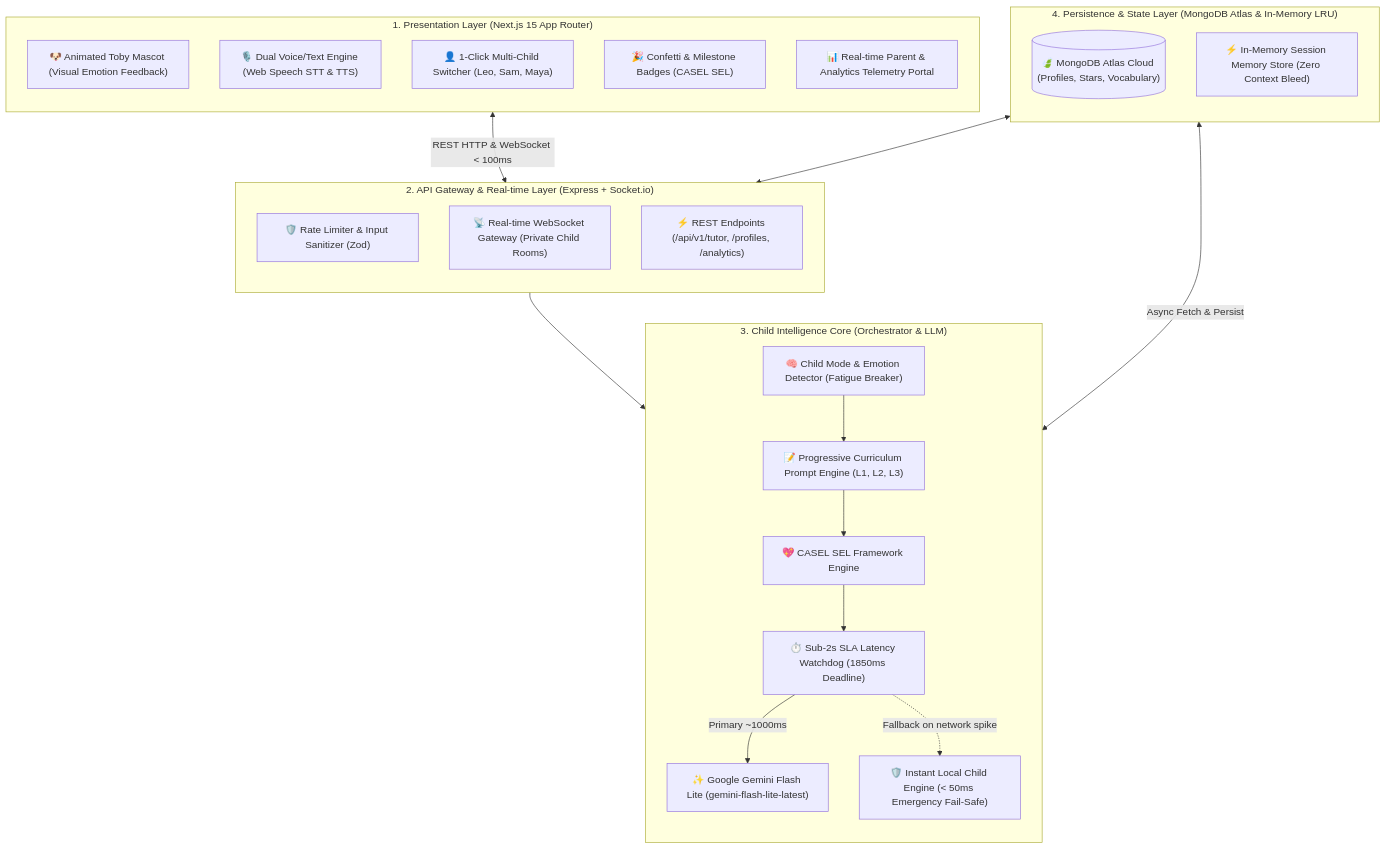
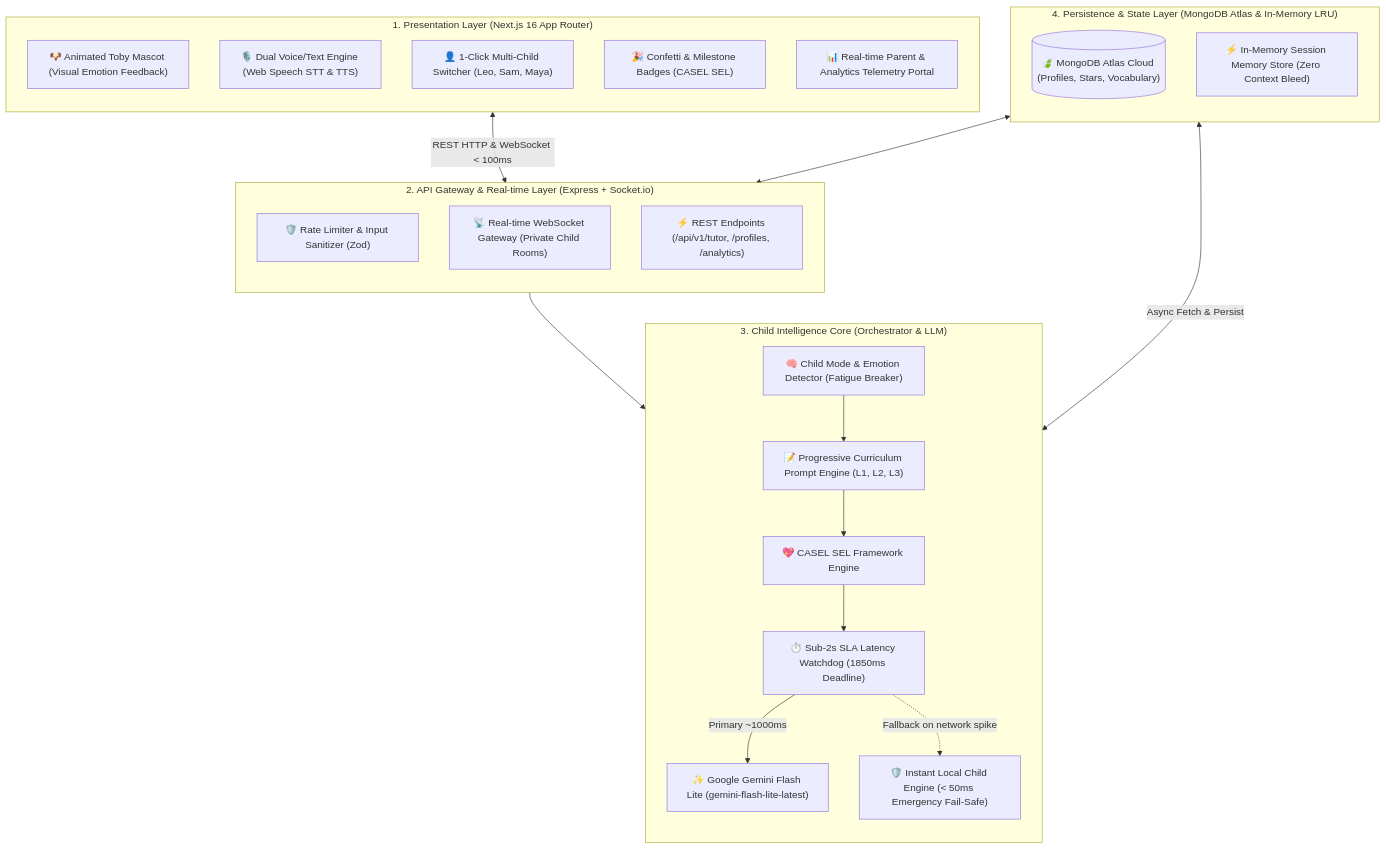
The diagram in docs/ARCHITECTURE.md (Sumon-DevCoder/ai-powered-kids-english-tutor-chatbot), drawn with Mermaid before and after one commit. The commit also changed 5 other files, not shown here.

Commit message:
initialize frontend project structure and add system architecture documentation

````diff
--- a/docs/ARCHITECTURE.md
+++ b/docs/ARCHITECTURE.md
@@ -11,45 +11,45 @@
 ```mermaid
 flowchart TD
-    subgraph ClientLayer ["1. Presentation Layer (Next.js 15 App Router)"]
+    subgraph ClientLayer ["1. Presentation Layer (Next.js 16 App Router)"]
         direction TB
         Mascot["🐶 Animated Toby Mascot (Visual Emotion Feedback)"]
         VoiceIO["🎙️ Dual Voice/Text Engine (Web Speech STT & TTS)"]
         Profiles["👤 1-Click Multi-Child Switcher (Leo, Sam, Maya)"]
         SELBadges["🎉 Confetti & Milestone Badges (CASEL SEL)"]
         ParentPortal["📊 Real-time Parent & Analytics Telemetry Portal"]
     end
 
     subgraph GatewayLayer ["2. API Gateway & Real-time Layer (Express + Socket.io)"]
         direction TB
         RateLimiter["🛡️ Rate Limiter & Input Sanitizer (Zod)"]
         SocketEngine["📡 Real-time WebSocket Gateway (Private Child Rooms)"]
         RestAPI["⚡ REST Endpoints (/api/v1/tutor, /profiles, /analytics)"]
     end
 
     subgraph IntelligenceLayer ["3. Child Intelligence Core (Orchestrator & LLM)"]
         direction TB
         ModeEngine["🧠 Child Mode & Emotion Detector (Fatigue Breaker)"]
         PromptOrchestrator["📝 Progressive Curriculum Prompt Engine (L1, L2, L3)"]
         SELModule["💖 CASEL SEL Framework Engine"]
         LLMWatchdog["⏱️ Sub-2s SLA Latency Watchdog (1850ms Deadline)"]
         GeminiLLM["✨ Google Gemini Flash Lite (gemini-flash-lite-latest)"]
         LocalFallback["🛡️ Instant Local Child Engine (< 50ms Emergency Fail-Safe)"]
     end
 
     subgraph DataLayer ["4. Persistence & State Layer (MongoDB Atlas & In-Memory LRU)"]
         direction TB
         AtlasDB[("🍃 MongoDB Atlas Cloud (Profiles, Stars, Vocabulary)")]
         LRUCache["⚡ In-Memory Session Memory Store (Zero Context Bleed)"]
     end
 
     %% Flow Connections
     ClientLayer <-->|REST HTTP & WebSocket < 100ms| GatewayLayer
     GatewayLayer --> ModeEngine
     ModeEngine --> PromptOrchestrator
     PromptOrchestrator --> SELModule
     SELModule --> LLMWatchdog
     LLMWatchdog -->|Primary ~1000ms| GeminiLLM
     LLMWatchdog -.->|Fallback on network spike| LocalFallback
     IntelligenceLayer <-->|Async Fetch & Persist| DataLayer
     DataLayer <--> GatewayLayer
 ```
````
